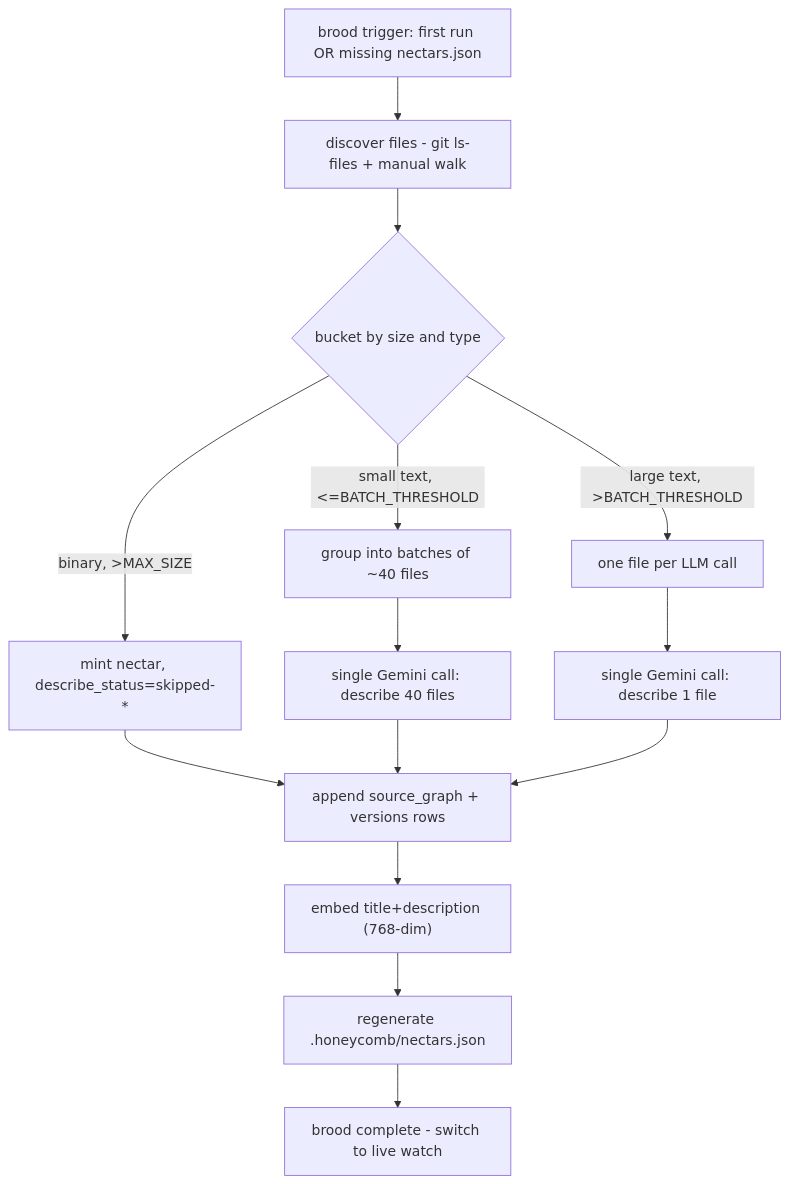
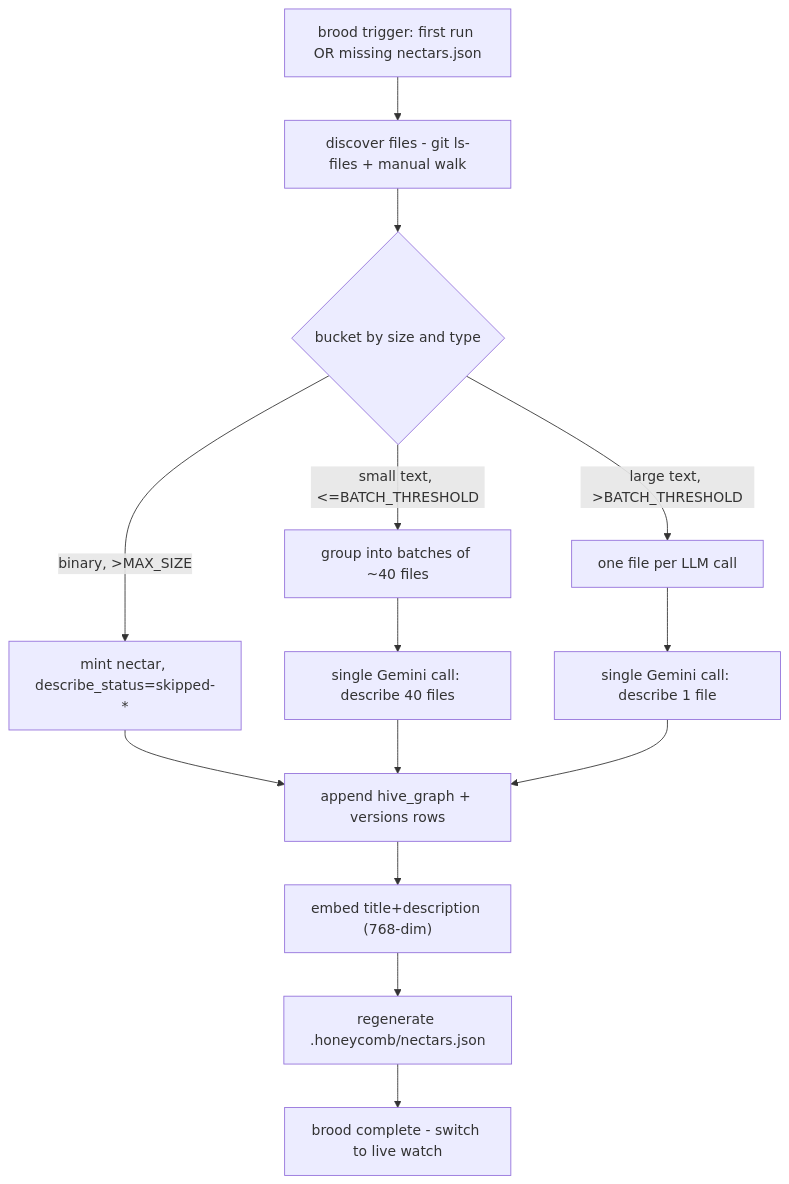
Before and after one commit to legioncodeinc/nectar: the first of 2 diagrams in library/knowledge/private/ai/brooding-deep-dive/brooding-technical-specification.md, drawn with Mermaid. The commit also changed other lines of this file and 337 other files, not shown here.

````diff
--- a/library/knowledge/private/ai/brooding-deep-dive/brooding-technical-specification.md
+++ b/library/knowledge/private/ai/brooding-deep-dive/brooding-technical-specification.md
@@ -23,16 +23,16 @@
 ```mermaid
 flowchart TD
     start["brood trigger: first run OR missing nectars.json"] --> discover["discover files - git ls-files + manual walk"]
     discover --> bucket{"bucket by size and type"}
     bucket -->|binary, >MAX_SIZE| skip["mint nectar, describe_status=skipped-*"]
     bucket -->|small text, <=BATCH_THRESHOLD| batchPool["group into batches of ~40 files"]
     bucket -->|large text, >BATCH_THRESHOLD| soloPool["one file per LLM call"]
-    skip --> writeRows["append source_graph + versions rows"]
+    skip --> writeRows["append hive_graph + versions rows"]
     batchPool --> batchCall["single Gemini call: describe 40 files"]
     soloPool --> soloCall["single Gemini call: describe 1 file"]
     batchCall --> writeRows
     soloCall --> writeRows
     writeRows --> embed["embed title+description (768-dim)"]
     embed --> projection["regenerate .honeycomb/nectars.json"]
     projection --> done["brood complete - switch to live watch"]
 ```
````
